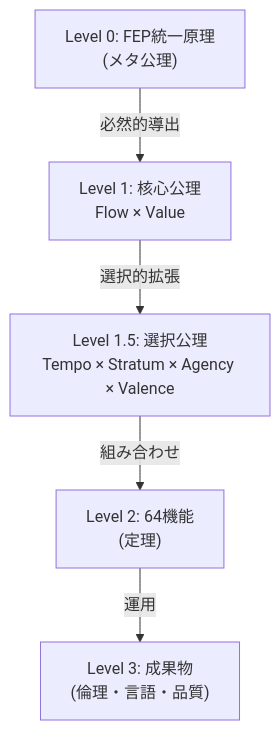
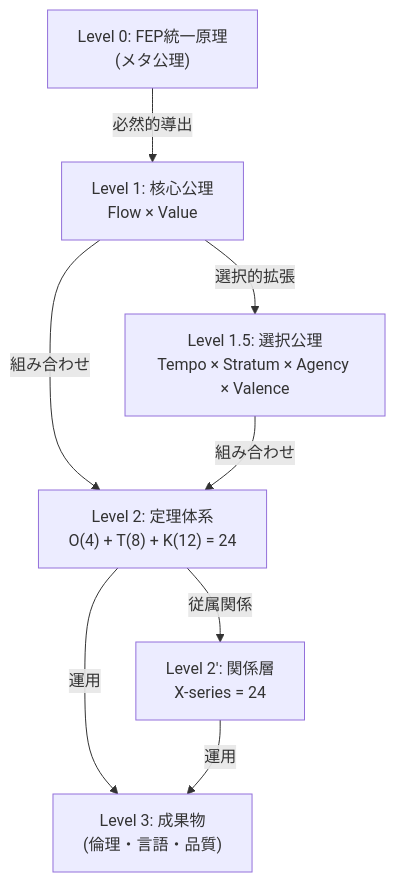
Before and after one commit to laihuip001/hegemonikon: the diagram in .agent/rules/hegemonikon.md, drawn with Mermaid. The commit also changed other lines of this file and 123 other files, not shown here.

````diff
--- a/.agent/rules/hegemonikon.md
+++ b/.agent/rules/hegemonikon.md
@@ -18,13 +18,17 @@
 ```mermaid
 graph TD
     L0["Level 0: FEP統一原理<br/>(メタ公理)"]
     L1["Level 1: 核心公理<br/>Flow × Value"]
     L15["Level 1.5: 選択公理<br/>Tempo × Stratum × Agency × Valence"]
-    L2["Level 2: 64機能<br/>(定理)"]
+    L2["Level 2: 定理体系<br/>O(4) + T(8) + K(12) = 24"]
+    L2X["Level 2': 関係層<br/>X-series = 24"]
     L3["Level 3: 成果物<br/>(倫理・言語・品質)"]
     
     L0 -->|必然的導出| L1
     L1 -->|選択的拡張| L15
+    L1 -->|組み合わせ| L2
     L15 -->|組み合わせ| L2
+    L2 -->|従属関係| L2X
     L2 -->|運用| L3
+    L2X -->|運用| L3
 ```
````
